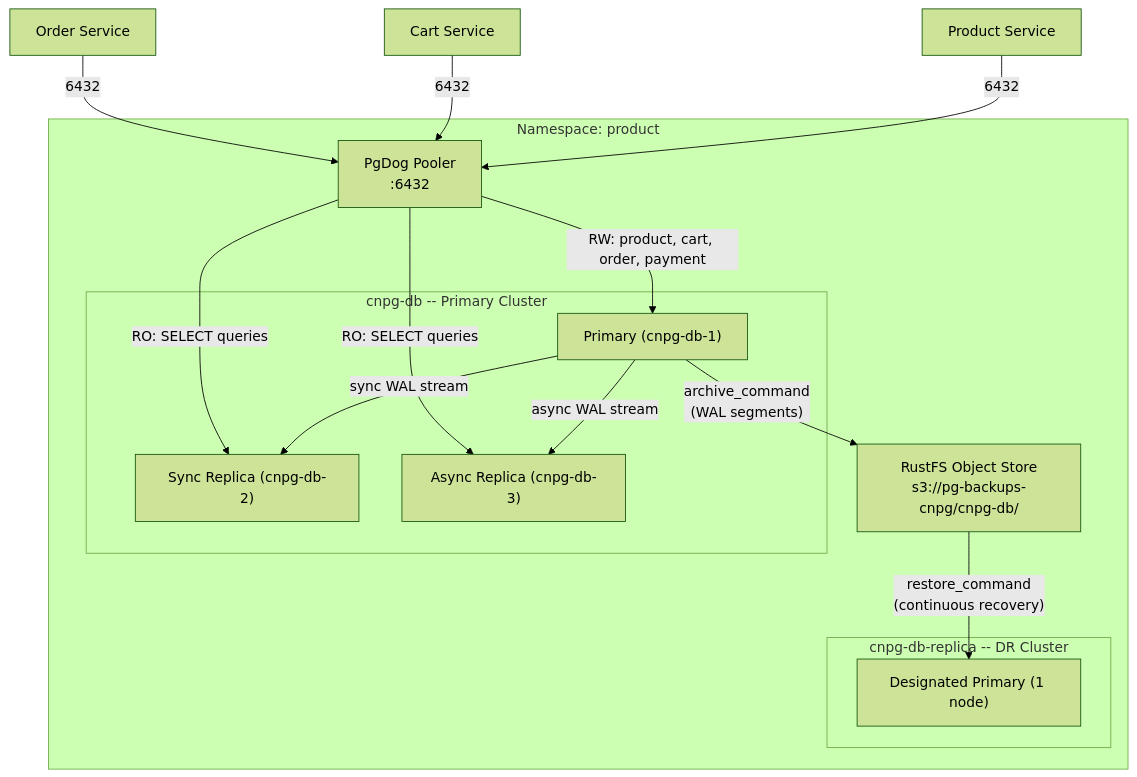
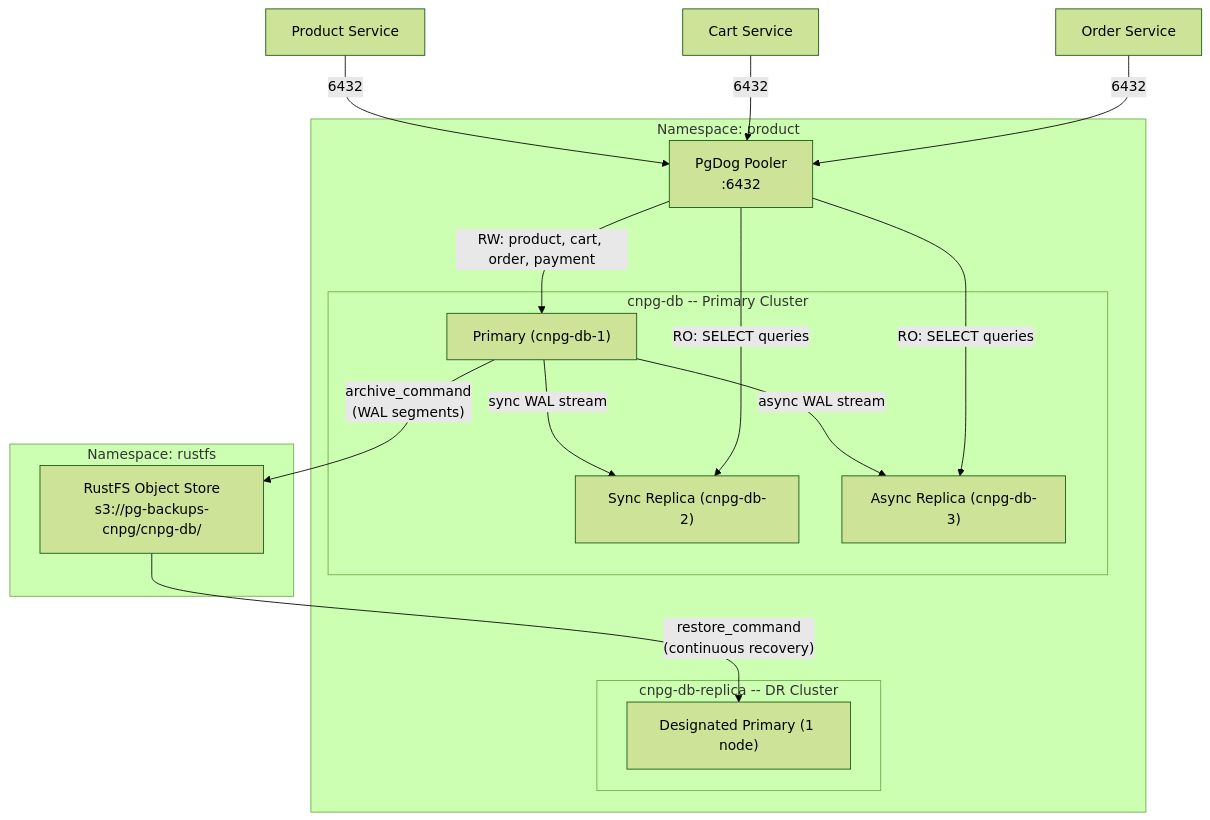
One commit to duynhlab/homelab changed the first of 5 diagrams in docs/databases/005-ha-dr-deep-dive.md. Above: the diagram before and after it, drawn with Mermaid (forest theme). The commit also changed 243 other files, not shown here.

````diff
--- a/docs/databases/005-ha-dr-deep-dive.md
+++ b/docs/databases/005-ha-dr-deep-dive.md
@@ -30,30 +30,33 @@
 ```mermaid
 flowchart TB
   subgraph productNS ["Namespace: product"]
     subgraph primary ["cnpg-db -- Primary Cluster"]
       P1["Primary (cnpg-db-1)"]
       P2["Sync Replica (cnpg-db-2)"]
       P3["Async Replica (cnpg-db-3)"]
       P1 -->|"sync WAL stream"| P2
       P1 -->|"async WAL stream"| P3
     end
 
     subgraph dr ["cnpg-db-replica -- DR Cluster"]
       DR1["Designated Primary (1 node)"]
     end
 
     PgDog["PgDog Pooler\n:6432"]
-    ObjStore["RustFS Object Store\ns3://pg-backups-cnpg/cnpg-db/"]
-
-    P1 -->|"archive_command\n(WAL segments)"| ObjStore
-    ObjStore -->|"restore_command\n(continuous recovery)"| DR1
 
     PgDog -->|"RW: product, cart, order, payment"| P1
     PgDog -->|"RO: SELECT queries"| P2
     PgDog -->|"RO: SELECT queries"| P3
   end
 
+  subgraph rustfsNS ["Namespace: rustfs"]
+    ObjStore["RustFS Object Store\ns3://pg-backups-cnpg/cnpg-db/"]
+  end
+
+  P1 -->|"archive_command\n(WAL segments)"| ObjStore
+  ObjStore -->|"restore_command\n(continuous recovery)"| DR1
+
   ProductSvc["Product Service"] -->|6432| PgDog
   CartSvc["Cart Service"] -->|6432| PgDog
   OrderSvc["Order Service"] -->|6432| PgDog
 ```
````
